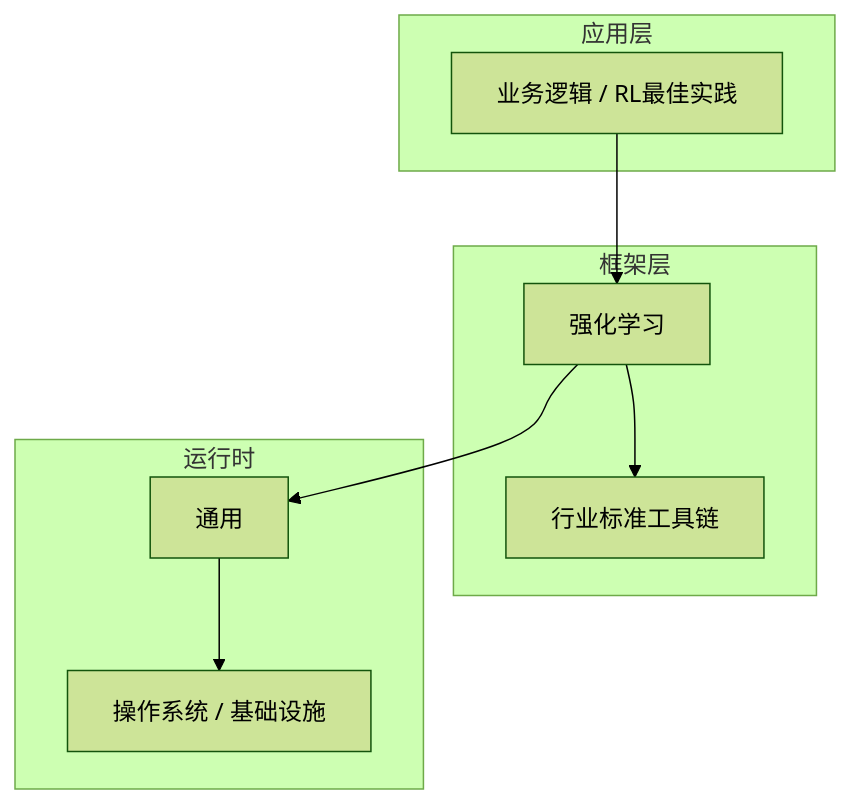
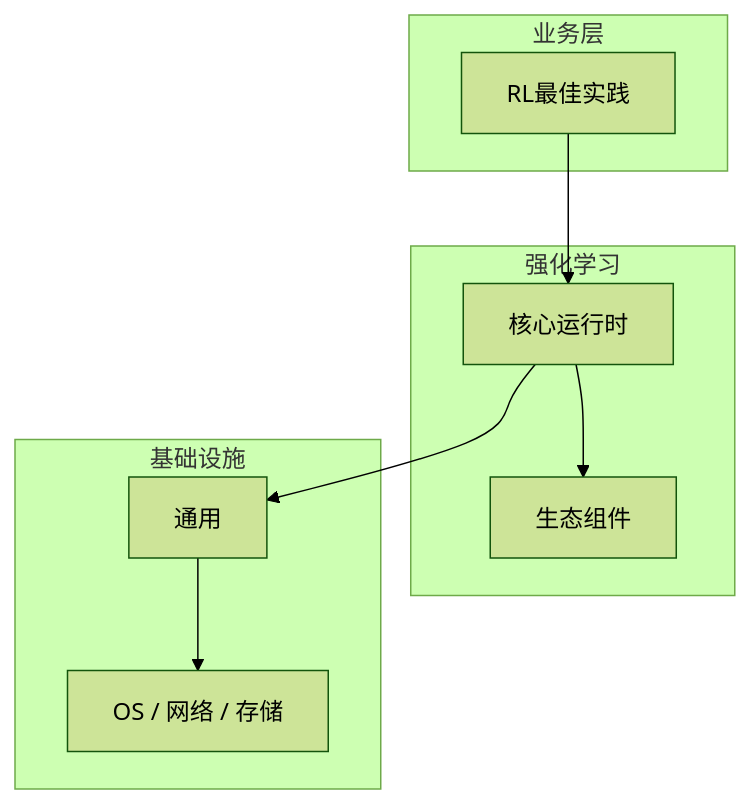
The diagram in articles/强化学习/chapters/057-RL最佳实践核心概念与原理.md (yanggan2015/knowledge-json-v2), drawn with Mermaid (forest theme) before and after one commit. The commit also changed other lines of this file and 10127 other files, not shown here.

````diff
--- a/articles/强化学习/chapters/057-RL最佳实践核心概念与原理.md
+++ b/articles/强化学习/chapters/057-RL最佳实践核心概念与原理.md
@@ -45,18 +34,18 @@
 ```mermaid
 graph TB
-    subgraph 应用层
-        A[业务逻辑 / RL最佳实践]
+    subgraph 业务层
+        A[RL最佳实践]
     end
-    subgraph 框架层
-        B[强化学习]
-        C[行业标准工具链]
+    subgraph 强化学习
+        B[核心运行时]
+        C[生态组件]
     end
-    subgraph 运行时
+    subgraph 基础设施
         D[通用]
-        E[操作系统 / 基础设施]
+        E[OS / 网络 / 存储]
     end
     A --> B
     B --> C
     B --> D
     D --> E
 ```
````
